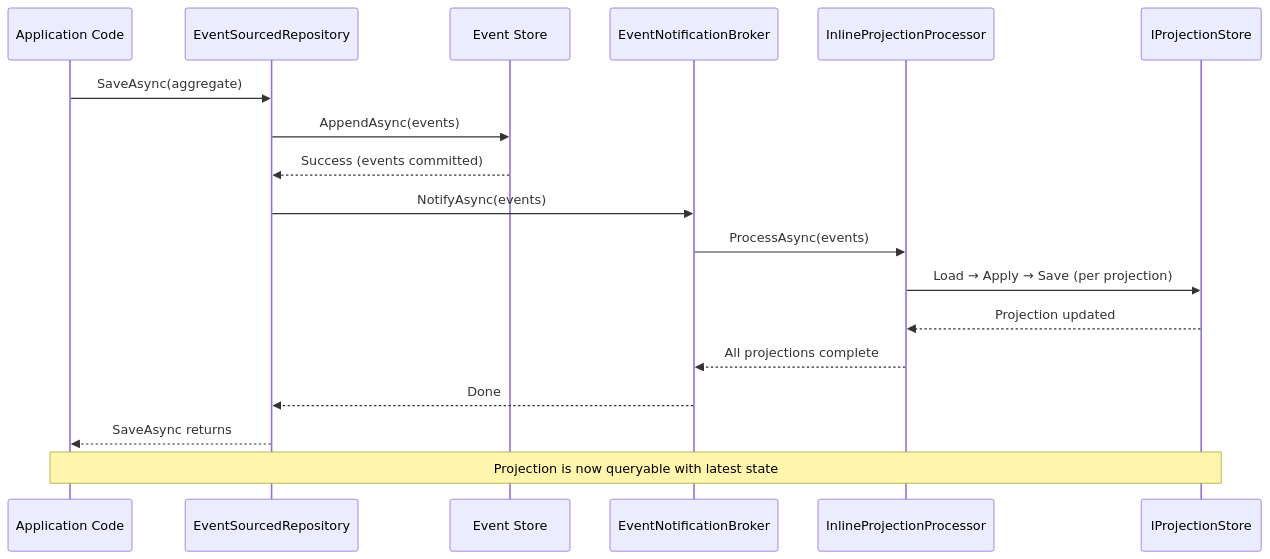
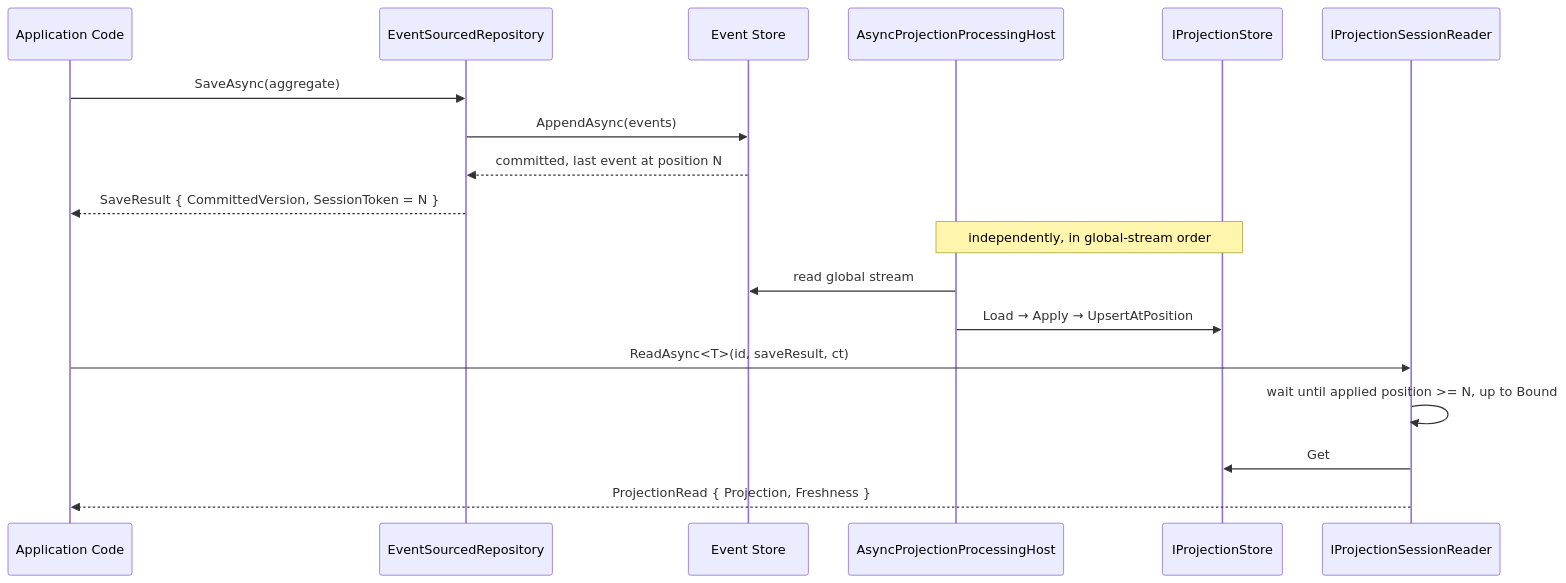
One commit to TrigintaFaces/Excalibur changed the third of 3 diagrams in docs-site/docs/event-sourcing/projections.md. Above: the diagram before and after it, drawn with Mermaid. The commit also changed other lines of this file and 451 other files, not shown here.

First line of the commit message:
feat(projections)!: remove inline projections — the host is the only writer, and a save returns a session token

````diff
--- a/docs-site/docs/event-sourcing/projections.md
+++ b/docs-site/docs/event-sourcing/projections.md
@@ -473,21 +553,21 @@
 ```mermaid
 sequenceDiagram
     participant App as Application Code
     participant Repo as EventSourcedRepository
     participant ES as Event Store
-    participant Broker as EventNotificationBroker
-    participant IP as InlineProjectionProcessor
+    participant Host as AsyncProjectionProcessingHost
     participant PS as IProjectionStore
+    participant Reader as IProjectionSessionReader
 
     App->>Repo: SaveAsync(aggregate)
     Repo->>ES: AppendAsync(events)
-    ES-->>Repo: Success (events committed)
-    Repo->>Broker: NotifyAsync(events)
-    Broker->>IP: ProcessAsync(events)
-    IP->>PS: Load → Apply → Save (per projection)
-    PS-->>IP: Projection updated
-    IP-->>Broker: All projections complete
-    Broker-->>Repo: Done
-    Repo-->>App: SaveAsync returns
-    Note over App,PS: Projection is now queryable with latest state
+    ES-->>Repo: committed, last event at position N
+    Repo-->>App: SaveResult { CommittedVersion, SessionToken = N }
+    Note over Host,PS: independently, in global-stream order
+    Host->>ES: read global stream
+    Host->>PS: Load → Apply → UpsertAtPosition
+    App->>Reader: ReadAsync<T>(id, saveResult, ct)
+    Reader->>Reader: wait until applied position >= N, up to Bound
+    Reader->>PS: Get
+    Reader-->>App: ProjectionRead { Projection, Freshness }
 ```
````
